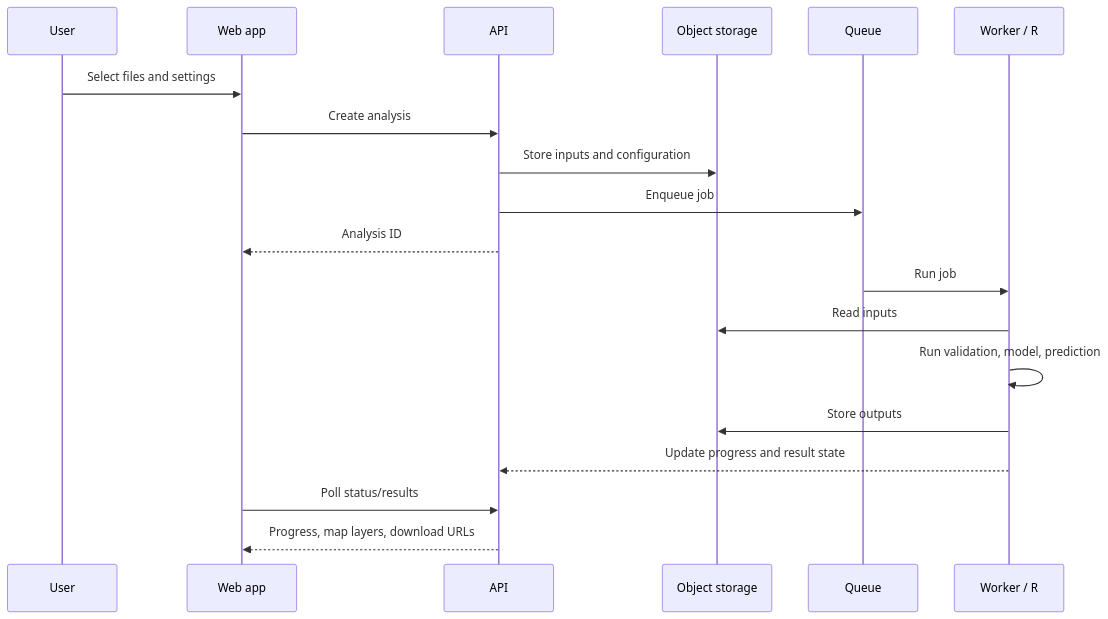
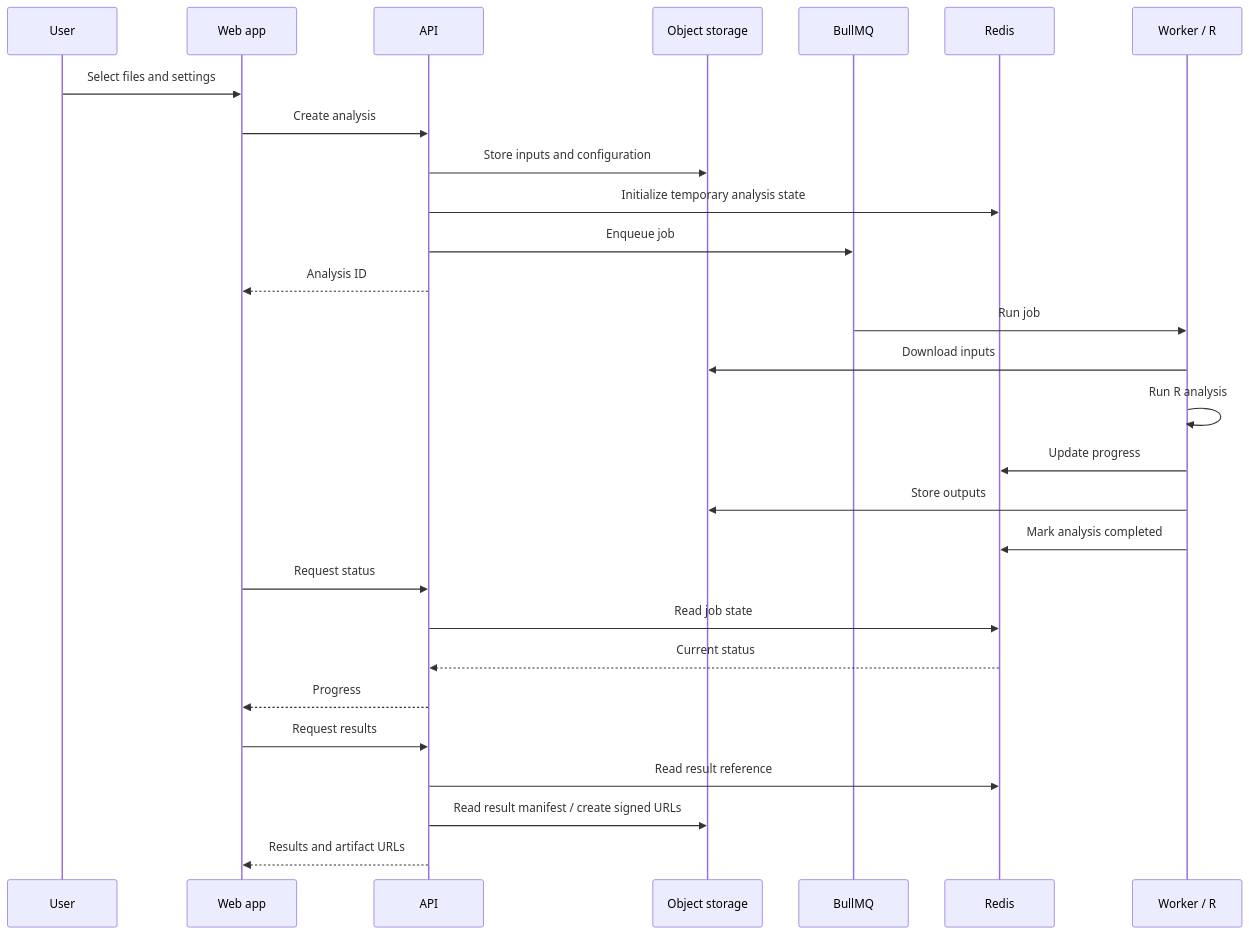
One commit to uroge/maxent-eco-suitability changed the fourth of 4 diagrams in README.md. Above: the diagram before and after it, drawn with Mermaid. The commit also changed other lines of this file, not shown here.

````diff
--- a/README.md
+++ b/README.md
@@ -126,22 +557,46 @@
 ```mermaid
 sequenceDiagram
+
   participant U as User
   participant W as Web app
   participant A as API
   participant S as Object storage
-  participant Q as Queue
+  participant Q as BullMQ
+  participant R as Redis
   participant K as Worker / R
 
   U->>W: Select files and settings
+
   W->>A: Create analysis
+
   A->>S: Store inputs and configuration
+  A->>R: Initialize temporary analysis state
   A->>Q: Enqueue job
+
   A-->>W: Analysis ID
+
   Q->>K: Run job
-  K->>S: Read inputs
-  K->>K: Run validation, model, prediction
+
+  K->>S: Download inputs
+
+  K->>K: Run R analysis
+
+  K->>R: Update progress
+
   K->>S: Store outputs
-  K-->>A: Update progress and result state
-  W->>A: Poll status/results
-  A-->>W: Progress, map layers, download URLs
+
+  K->>R: Mark analysis completed
+
+  W->>A: Request status
+
+  A->>R: Read job state
+  R-->>A: Current status
+  A-->>W: Progress
+
+  W->>A: Request results
+
+  A->>R: Read result reference
+  A->>S: Read result manifest / create signed URLs
+
+  A-->>W: Results and artifact URLs
 ```
````
